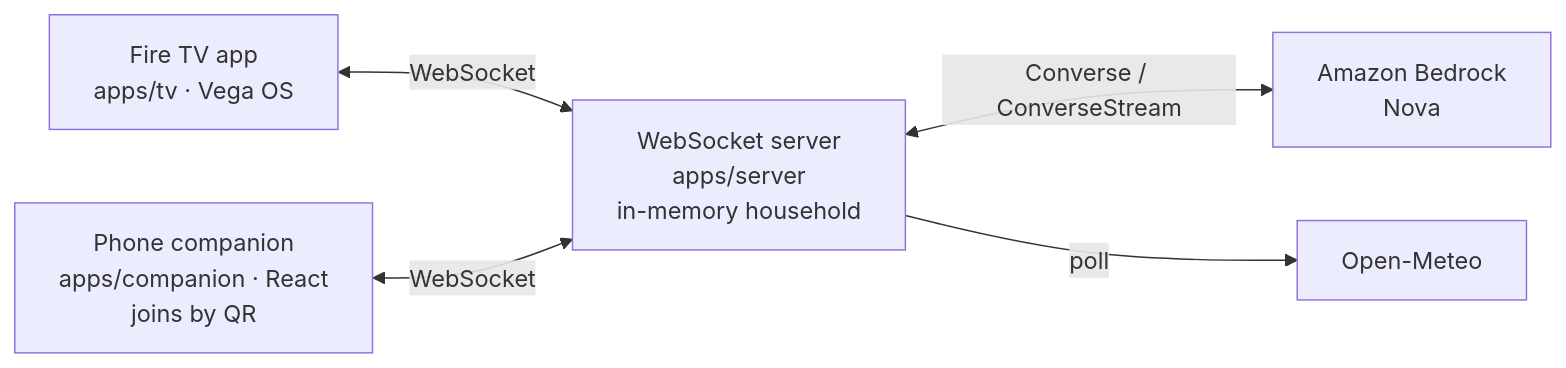
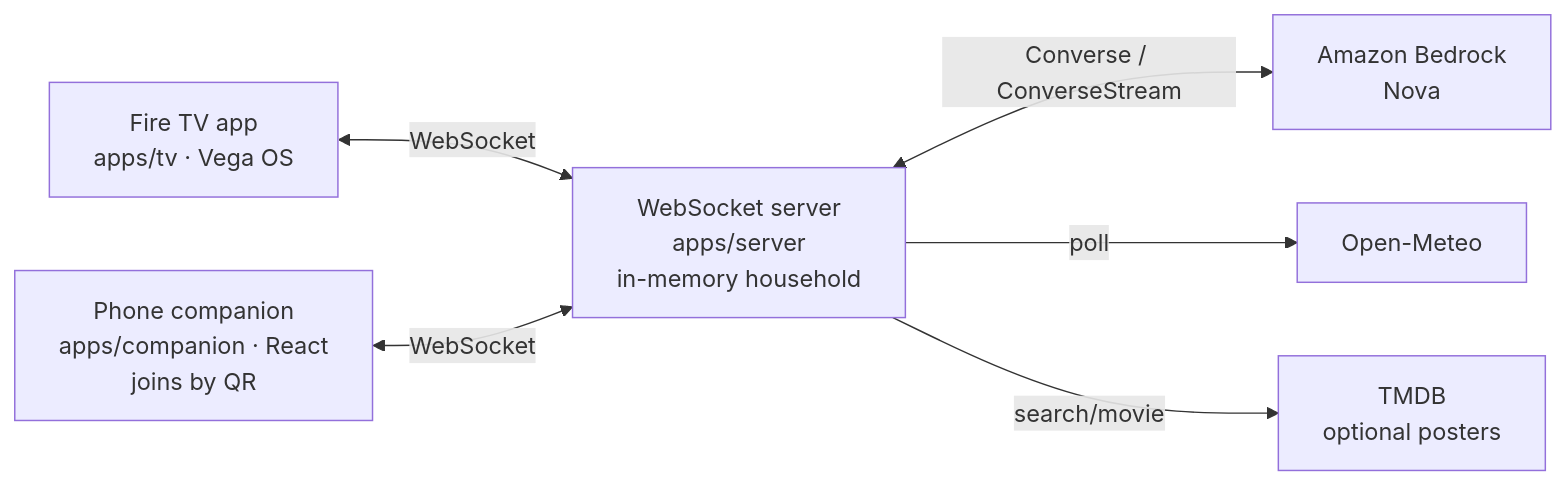
The diagram in docs/architecture/architecture.md (Agrolax/huddle-tv), drawn with Mermaid before and after one commit. The commit also changed other lines of this file and 20 other files, not shown here.

First line of the commit message:
Turn the README into a portfolio page and add optional TMDB posters. (#18)

````diff
--- a/docs/architecture/architecture.md
+++ b/docs/architecture/architecture.md
@@ -7,12 +7,14 @@
 ```mermaid
 flowchart LR
   TV["Fire TV app<br/>apps/tv · Vega OS"]
   Phone["Phone companion<br/>apps/companion · React<br/>joins by QR"]
   Server["WebSocket server<br/>apps/server<br/>in-memory household"]
   Bedrock["Amazon Bedrock<br/>Nova"]
   Weather["Open-Meteo"]
+  TMDB["TMDB<br/>optional posters"]
   TV <-->|"WebSocket"| Server
   Phone <-->|"WebSocket"| Server
   Server <-->|"Converse / ConverseStream"| Bedrock
   Server -->|"poll"| Weather
+  Server -->|"search/movie"| TMDB
 ```
````
